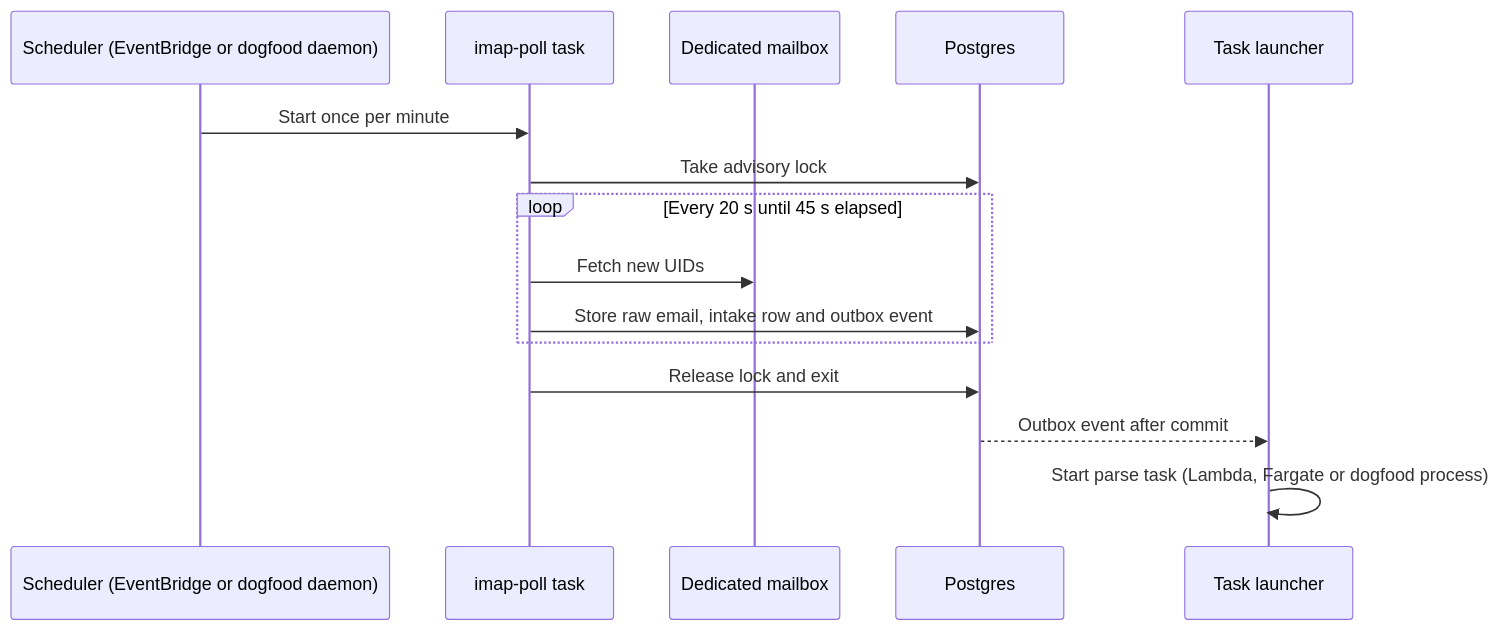
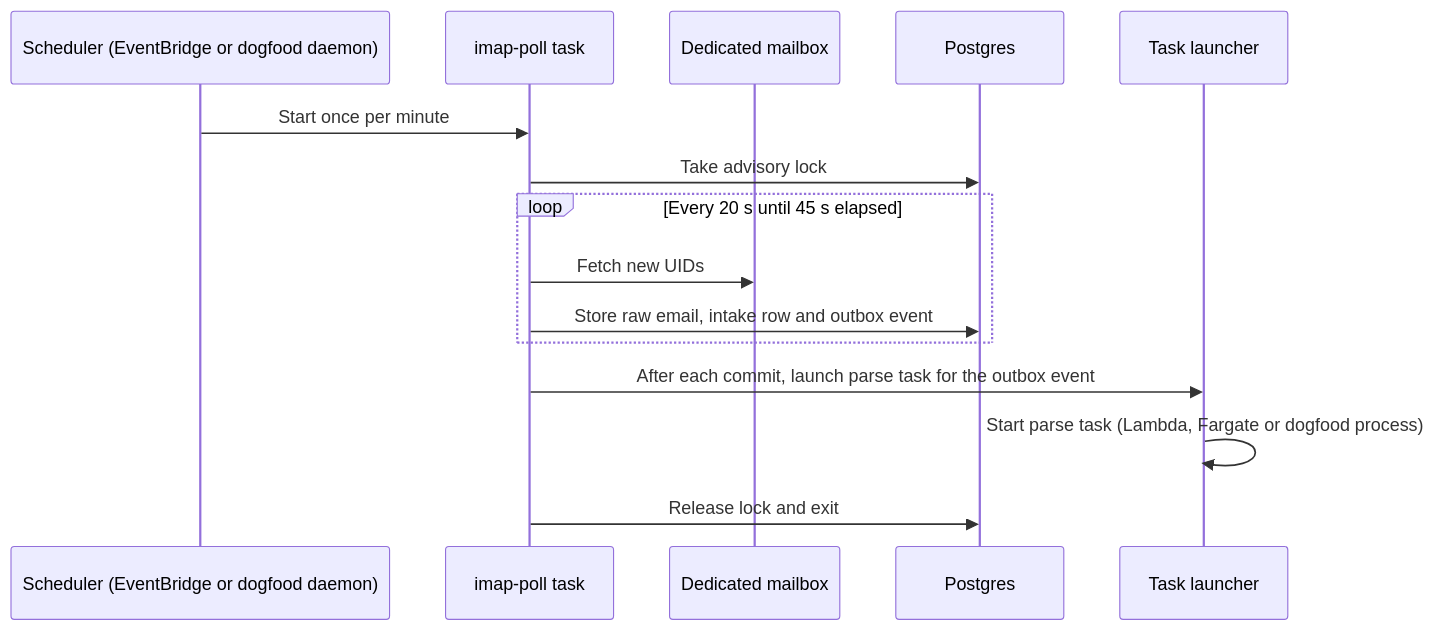
The eighth of 29 diagrams in specs/property-focus/master-plan.md (robsgreen/property-focus), drawn with Mermaid before and after one commit. The commit also changed other lines of this file, not shown here.

````diff
--- a/specs/property-focus/master-plan.md
+++ b/specs/property-focus/master-plan.md
@@ -166,17 +171,17 @@
 ```mermaid
 sequenceDiagram
     participant Sched as Scheduler (EventBridge or dogfood daemon)
     participant Poll as imap-poll task
     participant Mail as Dedicated mailbox
     participant DB as Postgres
     participant Launch as Task launcher
     Sched->>Poll: Start once per minute
     Poll->>DB: Take advisory lock
     loop Every 20 s until 45 s elapsed
         Poll->>Mail: Fetch new UIDs
         Poll->>DB: Store raw email, intake row and outbox event
     end
+    Poll->>Launch: After each commit, launch parse task for the outbox event
+    Launch->>Launch: Start parse task (Lambda, Fargate or dogfood process)
     Poll->>DB: Release lock and exit
-    DB-->>Launch: Outbox event after commit
-    Launch->>Launch: Start parse task (Lambda, Fargate or dogfood process)
 ```
````
